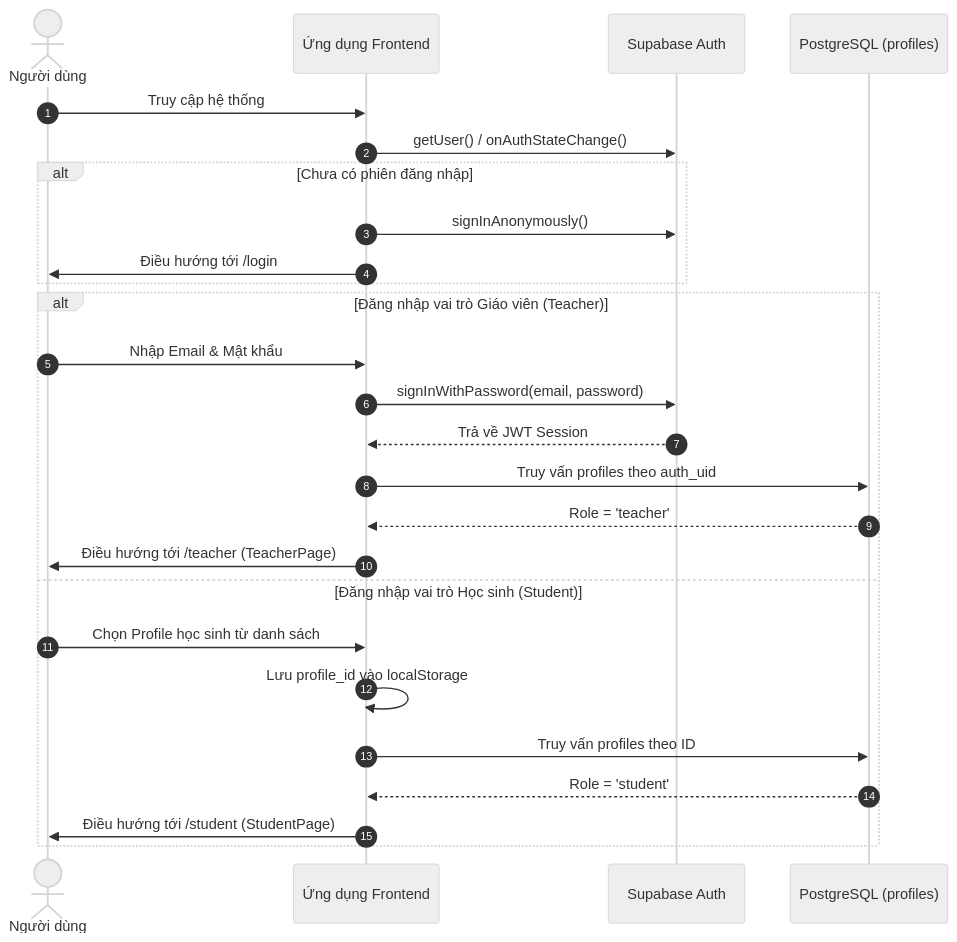
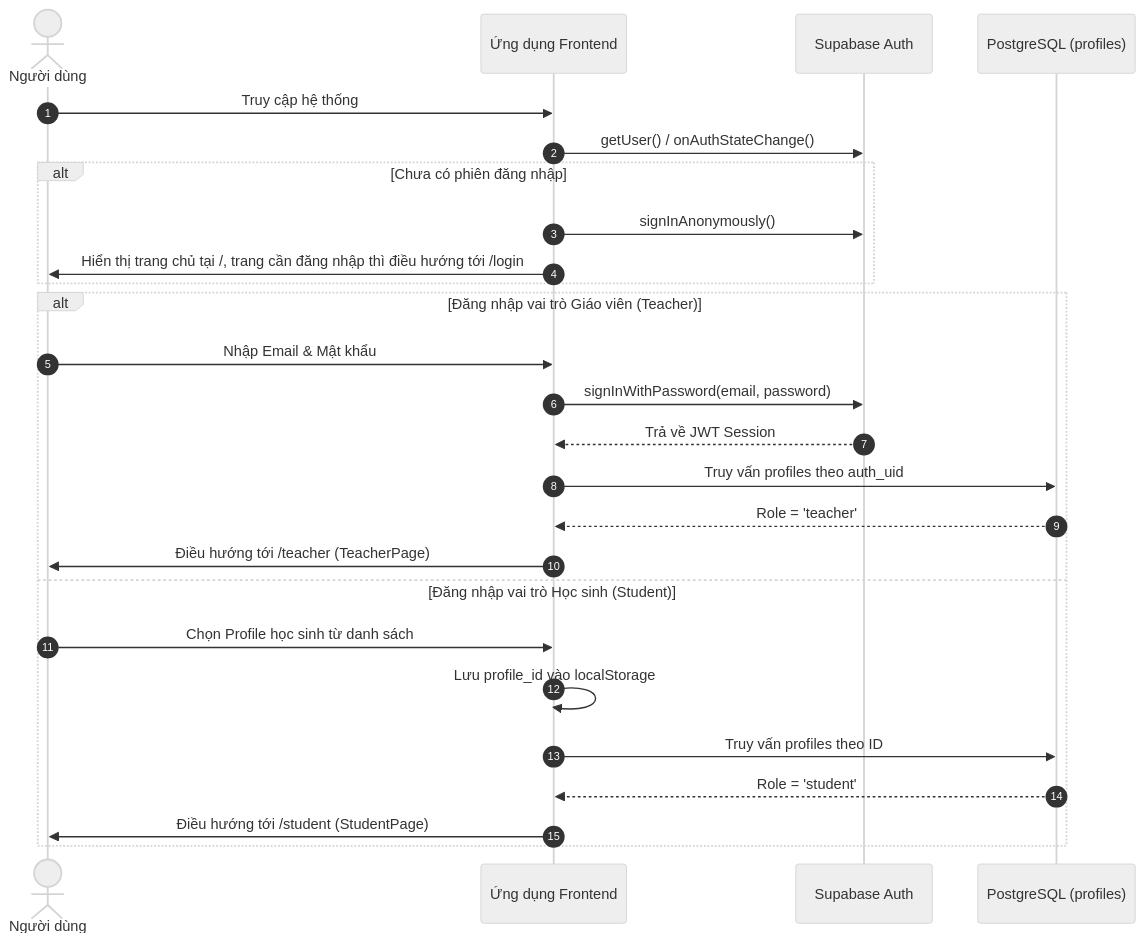
Before and after one commit to thanh-lv/english-record: the second of 6 diagrams in docs/ARCHITECTURE.md, drawn with Mermaid (neutral theme). The commit also changed other lines of this file and 25 other files, not shown here.

````diff
--- a/docs/ARCHITECTURE.md
+++ b/docs/ARCHITECTURE.md
@@ -75,31 +75,31 @@
 ```mermaid
 sequenceDiagram
     autonumber
     actor User as Người dùng
     participant App as Ứng dụng Frontend
     participant SupabaseAuth as Supabase Auth
     participant DB as PostgreSQL (profiles)
 
     User->>App: Truy cập hệ thống
     App->>SupabaseAuth: getUser() / onAuthStateChange()
     
     alt Chưa có phiên đăng nhập
         App->>SupabaseAuth: signInAnonymously()
-        App->>User: Điều hướng tới /login
+        App->>User: Hiển thị trang chủ tại /, trang cần đăng nhập thì điều hướng tới /login
     end
 
     alt Đăng nhập vai trò Giáo viên (Teacher)
         User->>App: Nhập Email & Mật khẩu
         App->>SupabaseAuth: signInWithPassword(email, password)
         SupabaseAuth-->>App: Trả về JWT Session
         App->>DB: Truy vấn profiles theo auth_uid
         DB-->>App: Role = 'teacher'
         App->>User: Điều hướng tới /teacher (TeacherPage)
     else Đăng nhập vai trò Học sinh (Student)
         User->>App: Chọn Profile học sinh từ danh sách
         App->>App: Lưu profile_id vào localStorage
         App->>DB: Truy vấn profiles theo ID
         DB-->>App: Role = 'student'
         App->>User: Điều hướng tới /student (StudentPage)
     end
 ```
````
